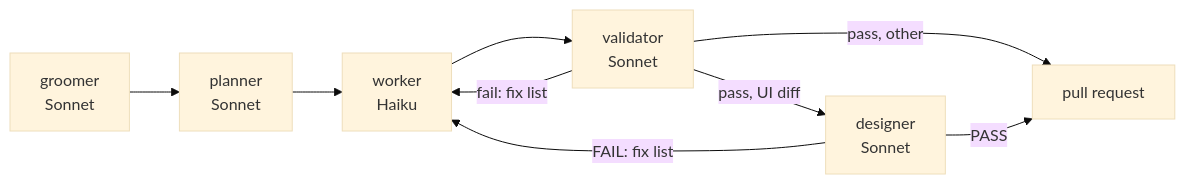
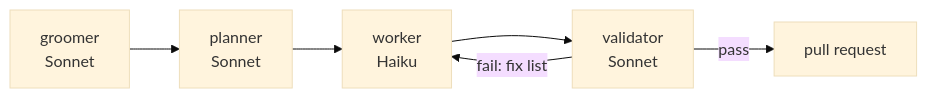
The diagram in docs/development/03-agent-harness.md (MaxBernstetter/investment-copilot), drawn with Mermaid (base theme) before and after one commit. The commit also changed other lines of this file and 143 other files, not shown here.

````diff
--- a/docs/development/03-agent-harness.md
+++ b/docs/development/03-agent-harness.md
@@ -19,9 +19,6 @@
 ```mermaid
 flowchart LR
   G[groomer<br/>Sonnet] --> P[planner<br/>Sonnet] --> W[worker<br/>Haiku] --> V[validator<br/>Sonnet]
   V -- fail: fix list --> W
-  V -- pass, UI diff --> D[designer<br/>Sonnet]
-  V -- pass, other --> PR[pull request]
-  D -- FAIL: fix list --> W
-  D -- PASS --> PR
+  V -- pass --> PR[pull request]
 ```
````
